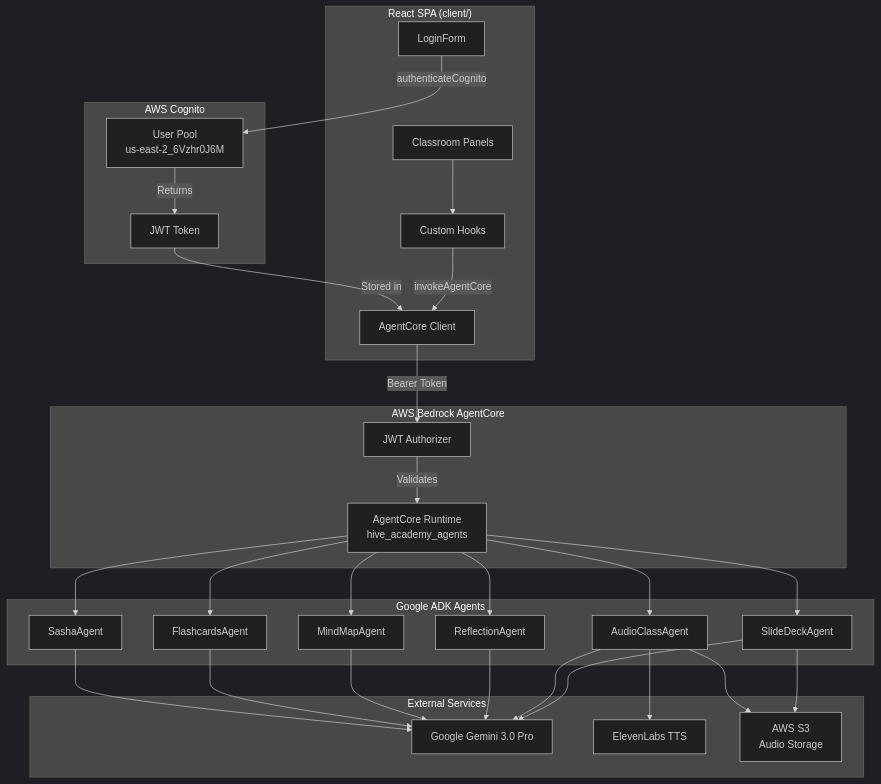
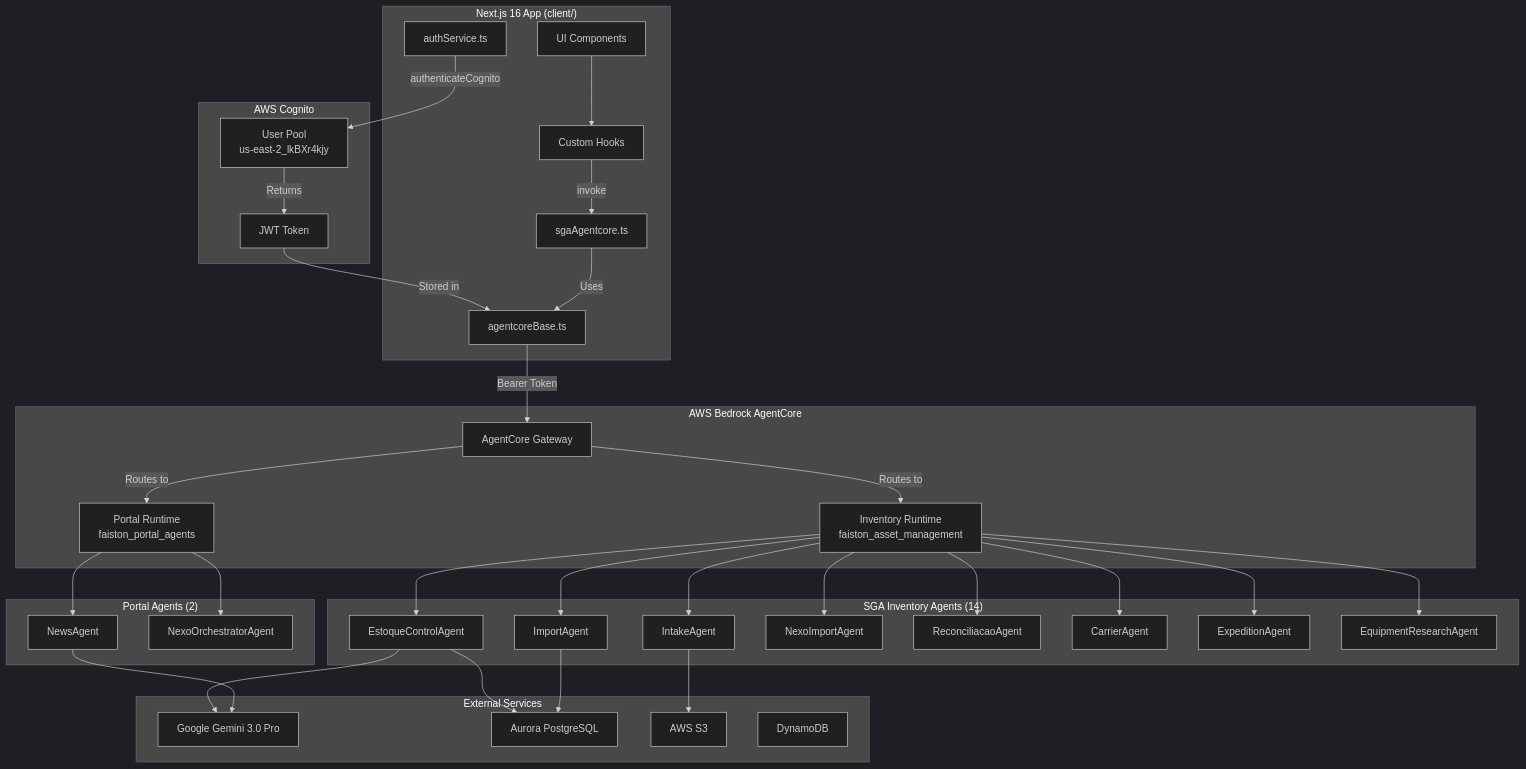
One commit to LPDigital-Agent/lpd-faiston-allinone changed the diagram in docs/AgentCore/IMPLEMENTATION_GUIDE.md. Above: the diagram before and after it, drawn with Mermaid (dark theme). The commit also changed other lines of this file and 5 other files, not shown here.

````diff
--- a/docs/AgentCore/IMPLEMENTATION_GUIDE.md
+++ b/docs/AgentCore/IMPLEMENTATION_GUIDE.md
@@ -22,60 +22,73 @@
 ```mermaid
 flowchart TB
-    subgraph Frontend ["React SPA (client/)"]
-        LF[LoginForm]
-        AC[AgentCore Client]
+    subgraph Frontend ["Next.js 16 App (client/)"]
+        AUTH[authService.ts]
+        BASE[agentcoreBase.ts]
+        SGA[sgaAgentcore.ts]
         HOOKS[Custom Hooks]
-        PANELS[Classroom Panels]
+        PANELS[UI Components]
     end
 
     subgraph Auth ["AWS Cognito"]
-        POOL[User Pool<br/>us-east-2_6Vzhr0J6M]
+        POOL[User Pool<br/>us-east-2_lkBXr4kjy]
         JWT[JWT Token]
     end
 
     subgraph AgentCore ["AWS Bedrock AgentCore"]
-        RUNTIME[AgentCore Runtime<br/>hive_academy_agents]
-        AUTH_CFG[JWT Authorizer]
+        GW[AgentCore Gateway]
+        INV_RT[Inventory Runtime<br/>faiston_asset_management]
+        PORTAL_RT[Portal Runtime<br/>faiston_portal_agents]
     end
 
-    subgraph Agents ["Google ADK Agents"]
-        SASHA[SashaAgent]
-        FLASH[FlashcardsAgent]
-        MIND[MindMapAgent]
-        REFLECT[ReflectionAgent]
-        AUDIO[AudioClassAgent]
-        SLIDE[SlideDeckAgent]
+    subgraph InventoryAgents ["SGA Inventory Agents (14)"]
+        CTRL[EstoqueControlAgent]
+        INTAKE[IntakeAgent]
+        IMPORT[ImportAgent]
+        NEXO_IMP[NexoImportAgent]
+        RECON[ReconciliacaoAgent]
+        CARRIER[CarrierAgent]
+        EXPED[ExpeditionAgent]
+        EQUIP[EquipmentResearchAgent]
+    end
+
+    subgraph PortalAgents ["Portal Agents (2)"]
+        NEWS[NewsAgent]
+        ORCH[NexoOrchestratorAgent]
     end
 
     subgraph External ["External Services"]
         GEMINI[Google Gemini 3.0 Pro]
-        ELEVEN[ElevenLabs TTS]
-        S3[AWS S3<br/>Audio Storage]
+        AURORA[Aurora PostgreSQL]
+        S3[AWS S3]
+        DYNAMO[DynamoDB]
     end
 
-    LF -->|authenticateCognito| POOL
+    AUTH -->|authenticateCognito| POOL
     POOL -->|Returns| JWT
-    JWT -->|Stored in| AC
+    JWT -->|Stored in| BASE
 
     PANELS --> HOOKS
-    HOOKS -->|invokeAgentCore| AC
-    AC -->|Bearer Token| AUTH_CFG
-    AUTH_CFG -->|Validates| RUNTIME
+    HOOKS -->|invoke| SGA
+    SGA -->|Uses| BASE
+    BASE -->|Bearer Token| GW
+    GW -->|Routes to| INV_RT
+    GW -->|Routes to| PORTAL_RT
 
-    RUNTIME --> SASHA
-    RUNTIME --> FLASH
-    RUNTIME --> MIND
-    RUNTIME --> REFLECT
-    RUNTIME --> AUDIO
-    RUNTIME --> SLIDE
+    INV_RT --> CTRL
+    INV_RT --> INTAKE
+    INV_RT --> IMPORT
+    INV_RT --> NEXO_IMP
+    INV_RT --> RECON
+    INV_RT --> CARRIER
+    INV_RT --> EXPED
+    INV_RT --> EQUIP
 
-    SASHA --> GEMINI
-    FLASH --> GEMINI
-    MIND --> GEMINI
-    REFLECT --> GEMINI
-    AUDIO --> GEMINI
-    AUDIO --> ELEVEN
-    AUDIO --> S3
-    SLIDE --> GEMINI
-    SLIDE --> S3
+    PORTAL_RT --> NEWS
+    PORTAL_RT --> ORCH
+
+    CTRL --> GEMINI
+    CTRL --> AURORA
+    INTAKE --> S3
+    IMPORT --> AURORA
+    NEWS --> GEMINI
 ```
````
